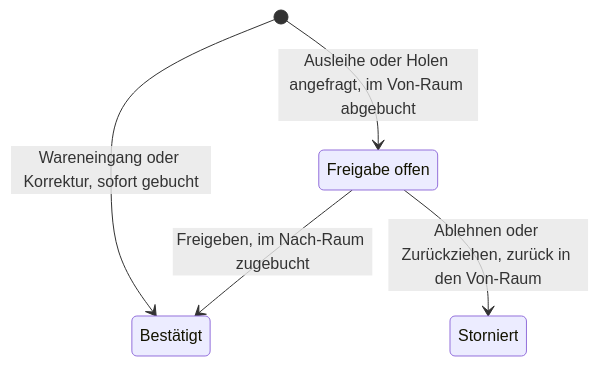
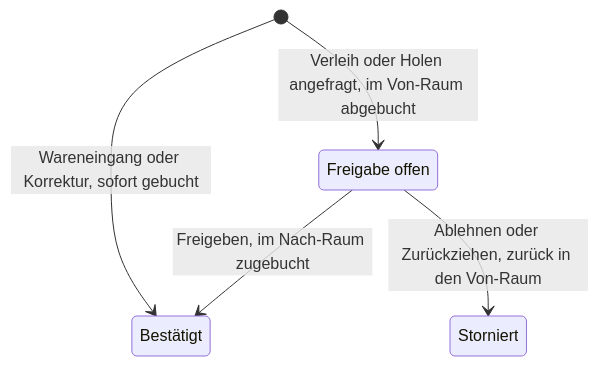
Before and after one commit to MatthiasWork/LagerverwaltungAPINewNew: the diagram in Docs/Tutorial.md, drawn with Mermaid. The commit also changed other lines of this file, not shown here.

````diff
--- a/Docs/Tutorial.md
+++ b/Docs/Tutorial.md
@@ -298,10 +307,10 @@
 ```mermaid
 stateDiagram-v2
     state "Freigabe offen" as Offen
     state "Bestätigt" as Bestaetigt
     state "Storniert" as Storniert
-    [*] --> Offen: Ausleihe oder Holen angefragt, im Von-Raum abgebucht
+    [*] --> Offen: Verleih oder Holen angefragt, im Von-Raum abgebucht
     Offen --> Bestaetigt: Freigeben, im Nach-Raum zugebucht
     Offen --> Storniert: Ablehnen oder Zurückziehen, zurück in den Von-Raum
     [*] --> Bestaetigt: Wareneingang oder Korrektur, sofort gebucht
 ```
````
